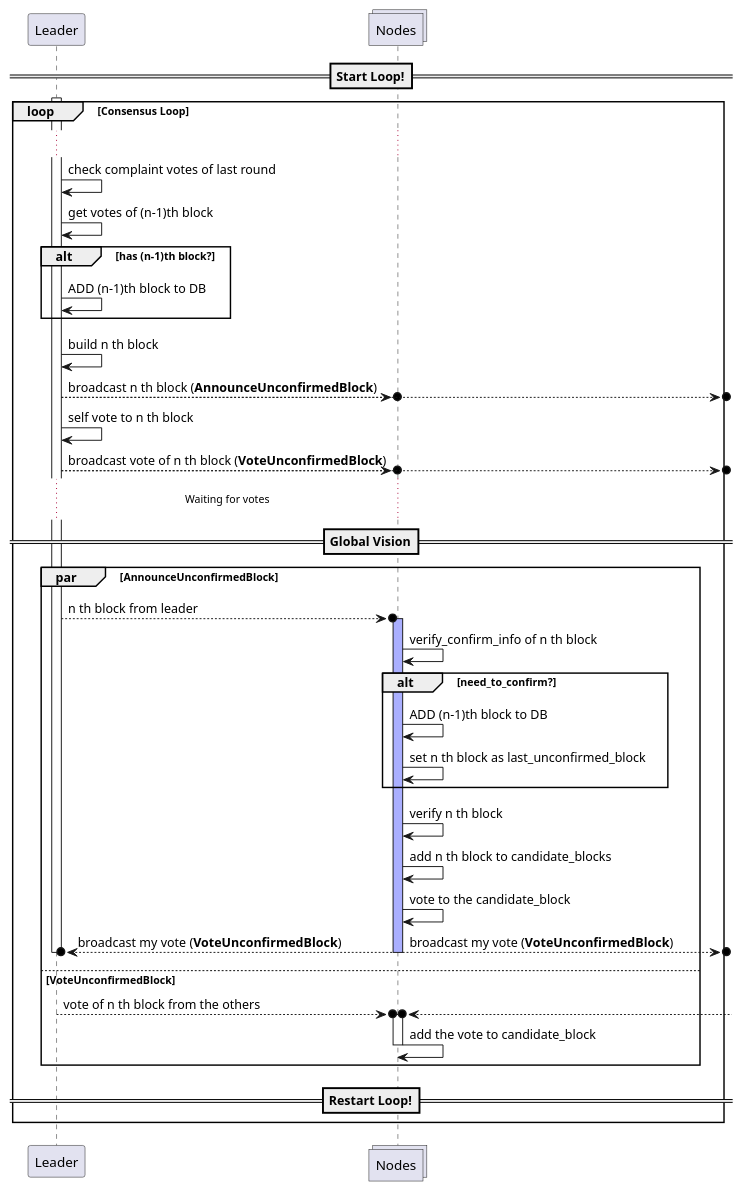
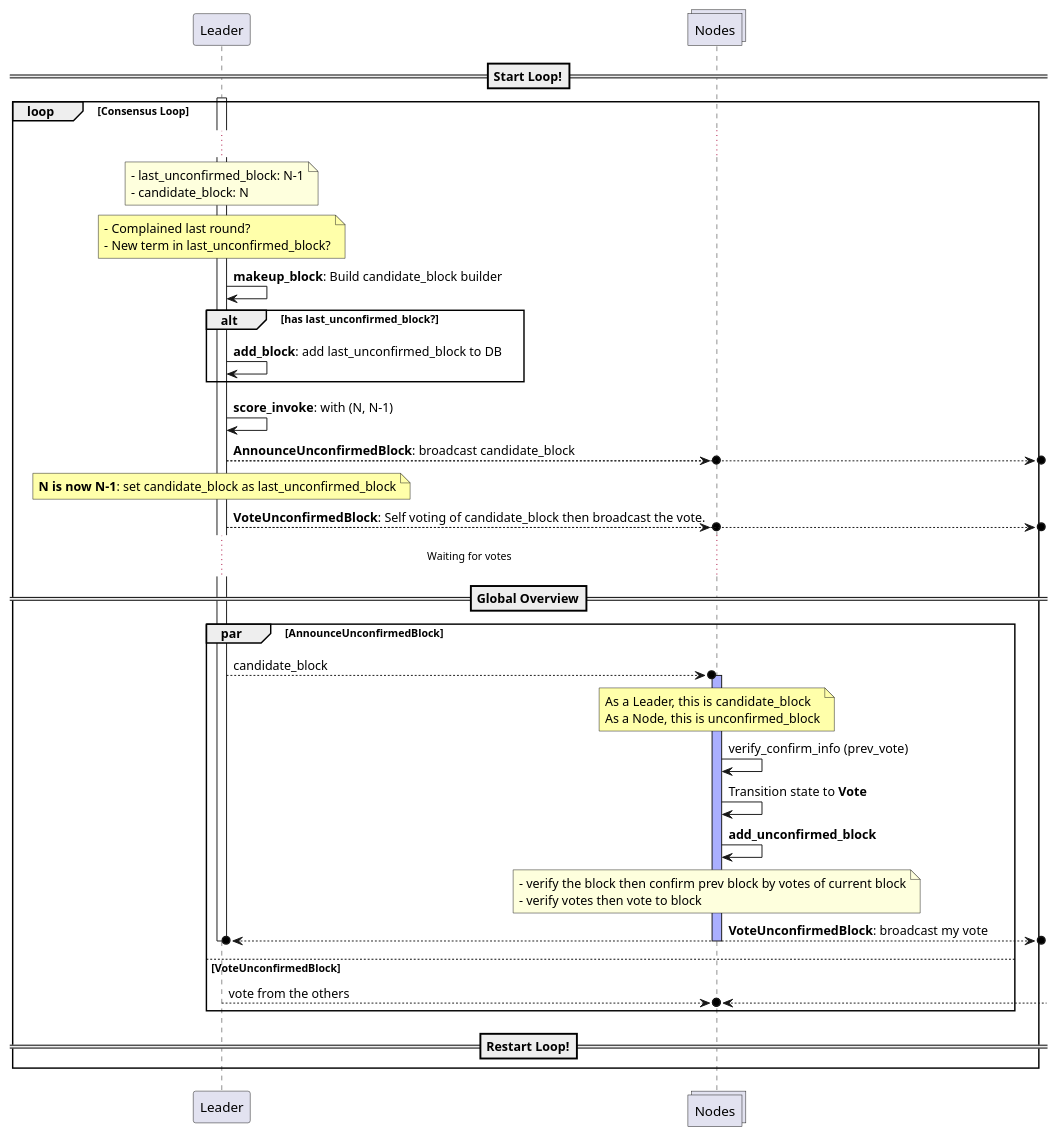
Before and after one commit to metalg0su/studies: the diagram in diagrams/tx-flow/3.CONSENSUS1.puml, drawn with PlantUML.

Commit message:
consensus

```diff
--- a/diagrams/tx-flow/3.CONSENSUS1.puml
+++ b/diagrams/tx-flow/3.CONSENSUS1.puml
@@ -1,56 +1,74 @@
 @startuml
 !pragma teoz true
 
 ' ----- Definition
 participant "Leader" as leader
 collections "Nodes" as nodes
 
 ' ----- Relations
 ==Start Loop!==
 activate leader
 loop Consensus Loop
 ...
-leader -> leader: check complaint votes of last round
-leader -> leader: get votes of (n-1)th block
+note over leader
+    - last_unconfirmed_block: N-1
+    - candidate_block: N
+end note
 
-alt has (n-1)th block?
-leader -> leader: ADD (n-1)th block to DB
+
+note over leader #FFFFAA
+    - Complained last round?
+    - New term in last_unconfirmed_block?
+end note
+
+leader -> leader: **makeup_block**: Build candidate_block builder
+alt has last_unconfirmed_block?
+    leader -> leader: **add_block**: add last_unconfirmed_block to DB
 end
 
-leader -> leader: build n th block
-leader -->o nodes: broadcast n th block (**AnnounceUnconfirmedBlock**)
-& leader -->o]:
-leader -> leader: self vote to n th block
-leader -->o nodes: broadcast vote of n th block (**VoteUnconfirmedBlock**)
+leader -> leader: **score_invoke**: with (N, N-1)
+leader -->o nodes: **AnnounceUnconfirmedBlock**: broadcast candidate_block
 & leader -->o]
+
+note over leader #FFFFAA
+    **N is now N-1**: set candidate_block as last_unconfirmed_block
+end note
+leader -->o nodes: **VoteUnconfirmedBlock**: Self voting of candidate_block then broadcast the vote.
+& leader -->o]
+
 ...Waiting for votes...
 
-==Global Vision==
+'================================================================================
+==Global Overview==
 par AnnounceUnconfirmedBlock
-leader -->o nodes: n th block from leader
+leader -->o nodes: candidate_block
+note over nodes #FFFFAA
+    As a Leader, this is candidate_block
+    As a Node, this is unconfirmed_block
+end note
+
 activate nodes #aaafff
-nodes -> nodes: verify_confirm_info of n th block
-alt need_to_confirm?
-    nodes -> nodes: ADD (n-1)th block to DB
-    nodes ->nodes: set n th block as last_unconfirmed_block
-end
-nodes -> nodes: verify n th block
-nodes -> nodes: add n th block to candidate_blocks
-nodes -> nodes: vote to the candidate_block
-leader o<-- nodes: broadcast my vote (**VoteUnconfirmedBlock**)
-& nodes -->o]: broadcast my vote (**VoteUnconfirmedBlock**)
+nodes -> nodes: verify_confirm_info (prev_vote)
+nodes -> nodes: Transition state to **Vote**
+
+nodes -> nodes: **add_unconfirmed_block**
+note over nodes
+    - verify the block then confirm prev block by votes of current block
+    - verify votes then vote to block
+end note
+
+leader o<-- nodes
+& nodes -->o]: **VoteUnconfirmedBlock**: broadcast my vote
+
 deactivate leader
 deactivate nodes
 
+'---------------------------------------------------------------------
 else VoteUnconfirmedBlock
-leader -->o nodes: vote of n th block from the others
+leader -->o nodes: vote from the others
 & nodes o<--]
-activate nodes #fffaaa
-nodes -> nodes: add the vote to candidate_block
-deactivate leader
-deactivate nodes
 end
 
 ==Restart Loop!==
 end
 @enduml
```
